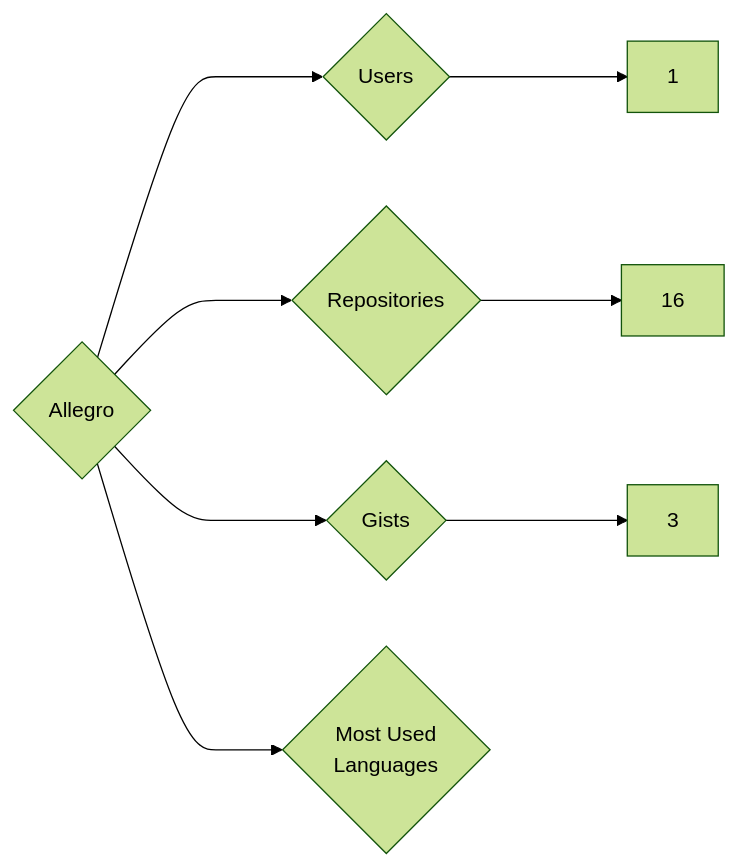
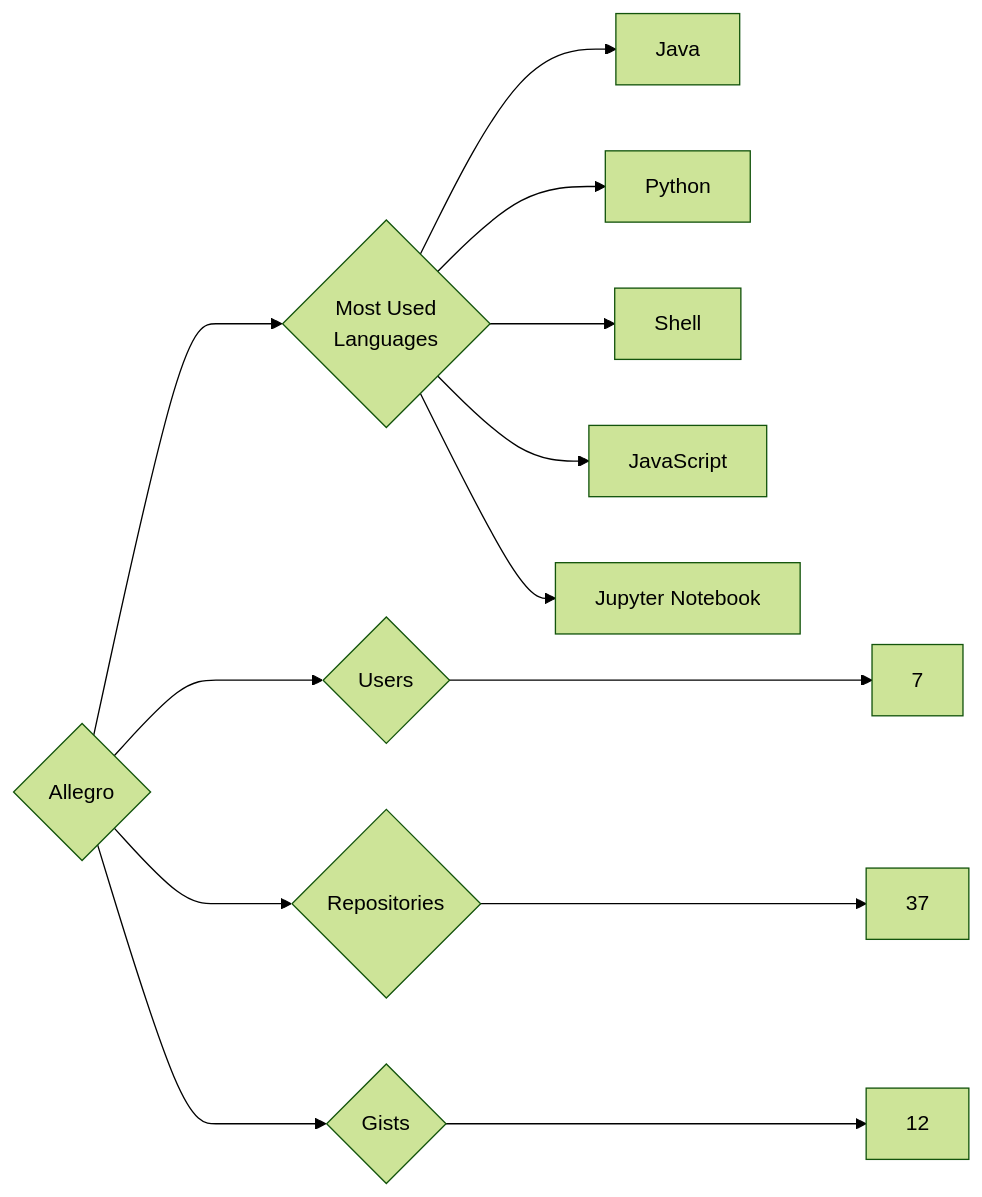
One commit to trickest/insiders changed the diagram in targets/Allegro/README.md. Above: the diagram before and after it, drawn with Mermaid (forest theme). The commit also changed 1089 other files, not shown here.

````diff
--- a/targets/Allegro/README.md
+++ b/targets/Allegro/README.md
@@ -3,8 +3,13 @@
 ```mermaid
 graph LR
 COMPANY_NAME{Allegro}
-COMPANY_NAME ---> U{Users} ---> UN[1]
-COMPANY_NAME ---> R{Repositories} ---> RN[16]
-COMPANY_NAME ---> G{Gists} ---> GN[3]
+COMPANY_NAME ---> U{Users} ---> UN[7]
+COMPANY_NAME ---> R{Repositories} ---> RN[37]
+COMPANY_NAME ---> G{Gists} ---> GN[12]
 COMPANY_NAME ---> ML{Most Used<br>Languages}
+ML --> Java[Java]
+ML --> Python[Python]
+ML --> Shell[Shell]
+ML --> JavaScript[JavaScript]
+ML --> Jupyter_Notebook[Jupyter Notebook]
 ```
````
